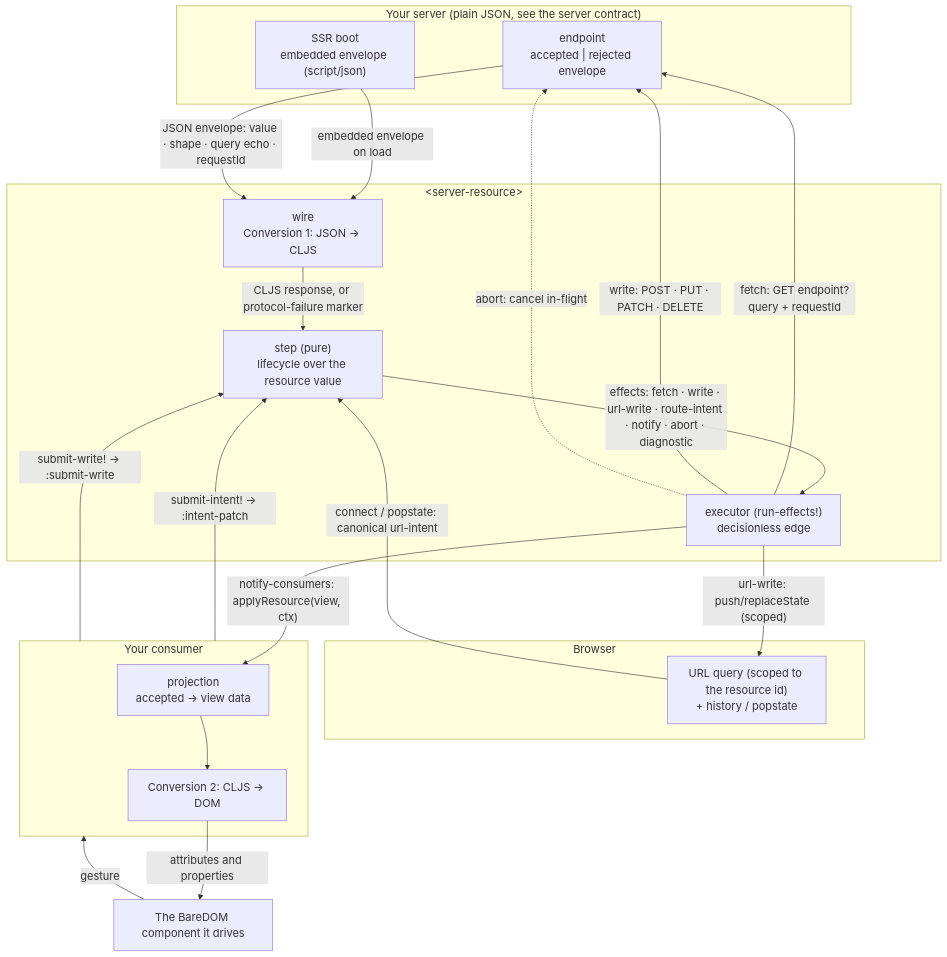
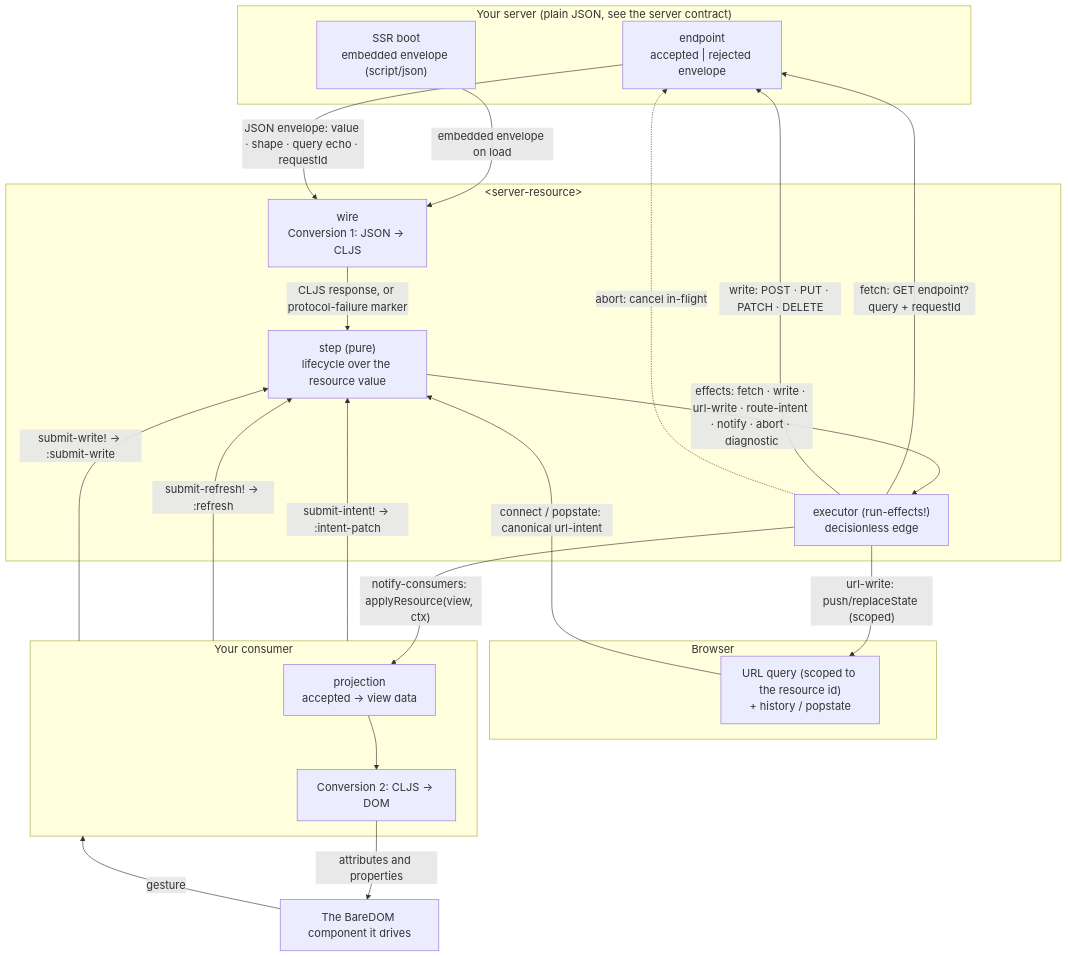
One commit to avanelsas/baredom changed the first of 3 diagrams in barebuild/docs/architecture-diagram.md. Above: the diagram before and after it, drawn with Mermaid. The commit also changed other lines of this file and 6 other files, not shown here.

````diff
--- a/barebuild/docs/architecture-diagram.md
+++ b/barebuild/docs/architecture-diagram.md
@@ -13,41 +13,42 @@
 ```mermaid
 %%{init: {'themeVariables': {'fontSize': '18px'}}}%%
 flowchart TB
   subgraph SERVER["Your server (plain JSON, see the server contract)"]
     API["endpoint<br/>accepted | rejected envelope"]
     BOOT["SSR boot<br/>embedded envelope (script/json)"]
   end
 
   subgraph BROWSER["Browser"]
     URL["URL query (scoped to the resource id)<br/>+ history / popstate"]
   end
 
   subgraph SR["&lt;server-resource&gt;"]
     WIRE["wire<br/>Conversion 1: JSON → CLJS"]
     STEP["step (pure)<br/>lifecycle over the resource value"]
     EXEC["executor (run-effects!)<br/>decisionless edge"]
   end
 
   subgraph CONS["Your consumer"]
     PROJ["projection<br/>accepted → view data"]
     C2["Conversion 2: CLJS → DOM"]
   end
 
   COMP["The BareDOM component it drives"]
 
   URL -->|"connect / popstate: canonical url-intent"| STEP
   BOOT -->|"embedded envelope on load"| WIRE
   EXEC -->|"fetch: GET endpoint?query + requestId"| API
   EXEC -->|"write: POST · PUT · PATCH · DELETE"| API
   EXEC -.->|"abort: cancel in-flight"| API
   API -->|"JSON envelope: value · shape · query echo · requestId"| WIRE
   WIRE -->|"CLJS response, or protocol-failure marker"| STEP
   STEP -->|"effects: fetch · write · url-write · route-intent · notify · abort · diagnostic"| EXEC
   EXEC -->|"url-write: push/replaceState (scoped)"| URL
   EXEC -->|"notify-consumers: applyResource(view, ctx)"| PROJ
   PROJ --> C2
   C2 -->|"attributes and properties"| COMP
   COMP -->|"gesture"| CONS
   CONS -->|"submit-intent! → :intent-patch"| STEP
+  CONS -->|"submit-refresh! → :refresh"| STEP
   CONS -->|"submit-write! → :submit-write"| STEP
 ```
````
